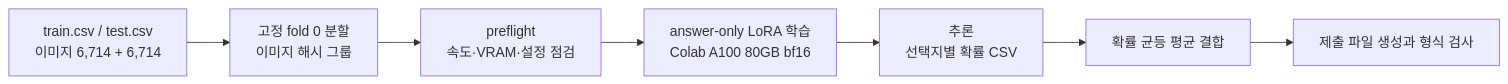
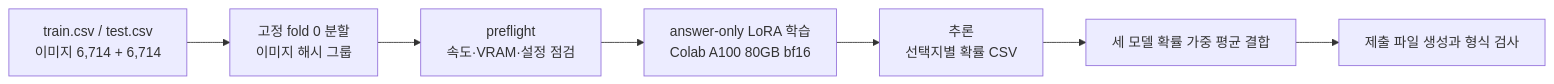
The diagram in README.md (bnbong/Astralopithecus), drawn with Mermaid before and after one commit. The commit also changed other lines of this file and 13 other files, not shown here.

````diff
--- a/README.md
+++ b/README.md
@@ -77,9 +84,9 @@
 ```mermaid
 graph LR
     D[train.csv / test.csv<br/>이미지 6,714 + 6,714] --> S[고정 fold 0 분할<br/>이미지 해시 그룹]
     S --> P[preflight<br/>속도·VRAM·설정 점검]
     P --> T[answer-only LoRA 학습<br/>Colab A100 80GB bf16]
     T --> I[추론<br/>선택지별 확률 CSV]
-    I --> B[확률 균등 평균 결합]
+    I --> B[세 모델 확률 가중 평균 결합]
     B --> U[제출 파일 생성과 형식 검사]
 ```
````
